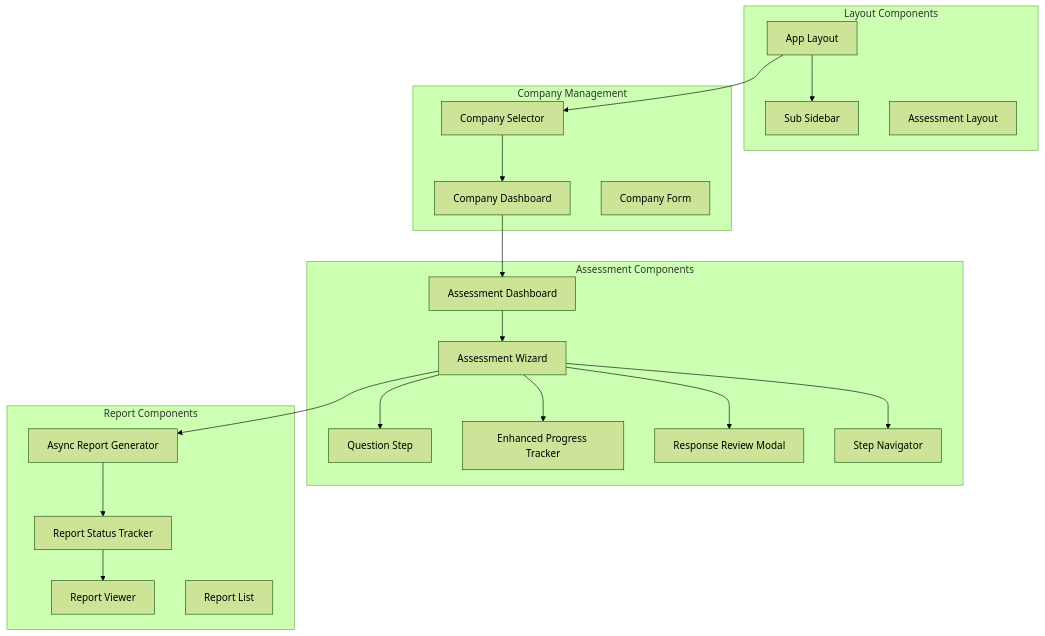
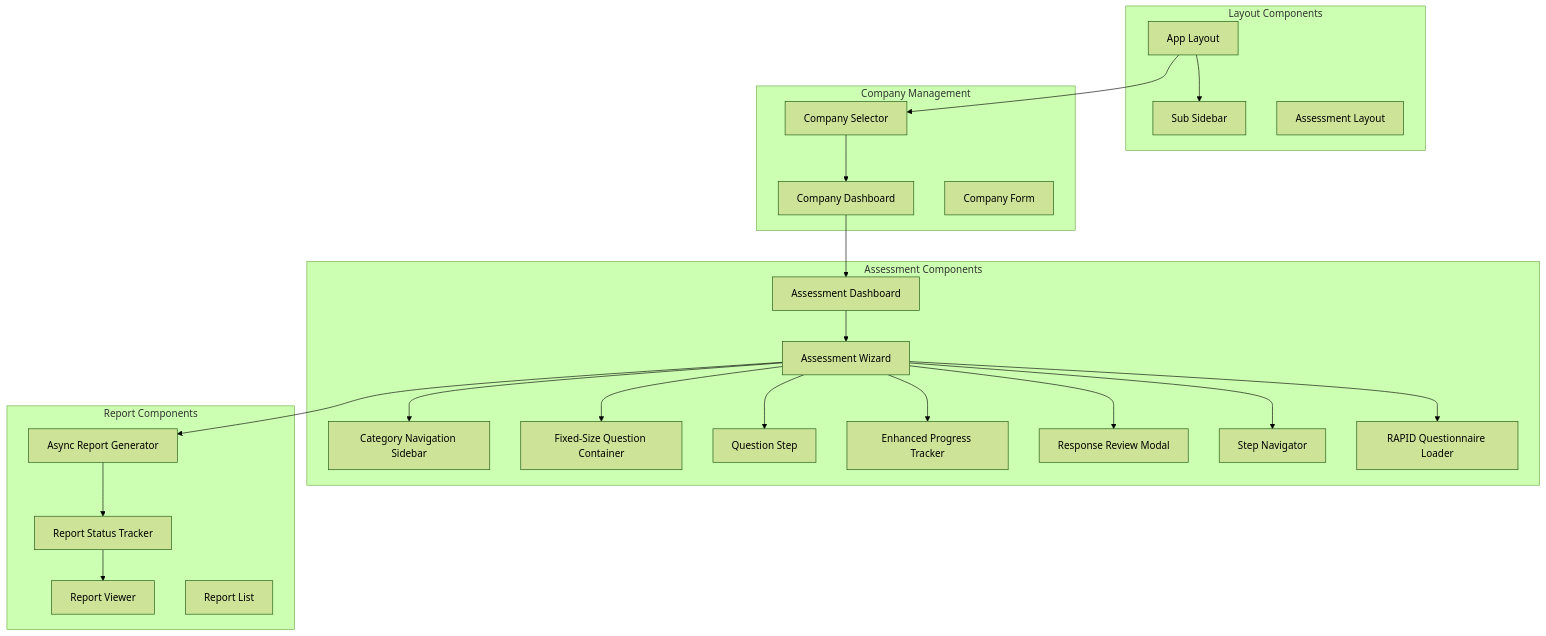
One commit to NexusLab-Technology/ai_assessment changed the second of 2 diagrams in .kiro/specs/ai-assessment/design.md. Above: the diagram before and after it, drawn with Mermaid (forest theme). The commit also changed other lines of this file and 3 other files, not shown here.

First line of the commit message:
feat: Update AI Assessment spec with RAPID questionnaire integration

````diff
--- a/.kiro/specs/ai-assessment/design.md
+++ b/.kiro/specs/ai-assessment/design.md
@@ -66,43 +87,49 @@
 ```mermaid
 graph TB
     subgraph "Layout Components"
         AppLayout[App Layout]
         SubSidebar[Sub Sidebar]
         AssessmentLayout[Assessment Layout]
     end
     
     subgraph "Company Management"
         CompanySelector[Company Selector]
         CompanyDashboard[Company Dashboard]
         CompanyForm[Company Form]
     end
     
     subgraph "Assessment Components"
         AssessmentDashboard[Assessment Dashboard]
         AssessmentWizard[Assessment Wizard]
+        CategoryNavigationSidebar[Category Navigation Sidebar]
+        FixedQuestionContainer[Fixed-Size Question Container]
         QuestionStep[Question Step]
         EnhancedProgressTracker[Enhanced Progress Tracker]
         ResponseReviewModal[Response Review Modal]
         StepNavigator[Step Navigator]
+        RAPIDQuestionnaireLoader[RAPID Questionnaire Loader]
     end
     
     subgraph "Report Components"
         AsyncReportGenerator[Async Report Generator]
         ReportStatusTracker[Report Status Tracker]
         ReportViewer[Report Viewer]
         ReportList[Report List]
     end
     
     AppLayout --> SubSidebar
     AppLayout --> CompanySelector
     CompanySelector --> CompanyDashboard
     CompanyDashboard --> AssessmentDashboard
     AssessmentDashboard --> AssessmentWizard
+    AssessmentWizard --> CategoryNavigationSidebar
+    AssessmentWizard --> FixedQuestionContainer
     AssessmentWizard --> QuestionStep
     AssessmentWizard --> EnhancedProgressTracker
     AssessmentWizard --> ResponseReviewModal
     AssessmentWizard --> StepNavigator
+    AssessmentWizard --> RAPIDQuestionnaireLoader
     AssessmentWizard --> AsyncReportGenerator
     AsyncReportGenerator --> ReportStatusTracker
     ReportStatusTracker --> ReportViewer
 ```
````
